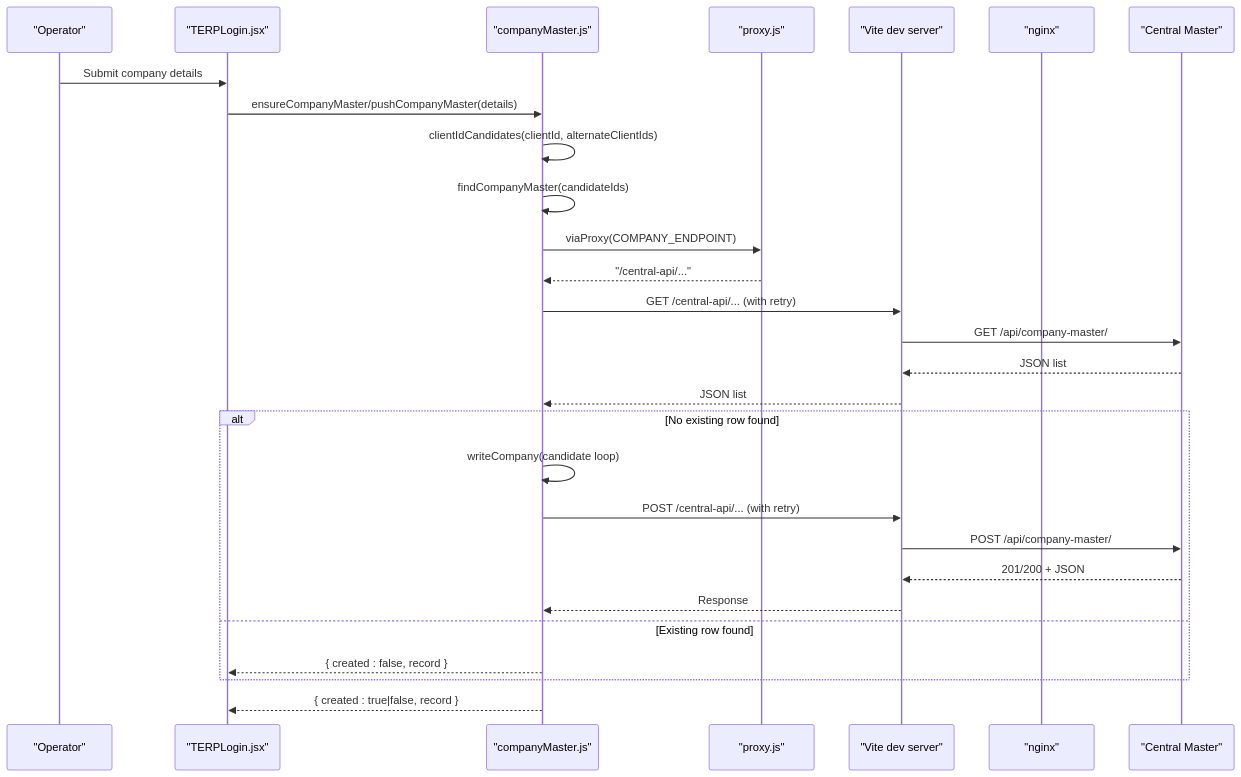
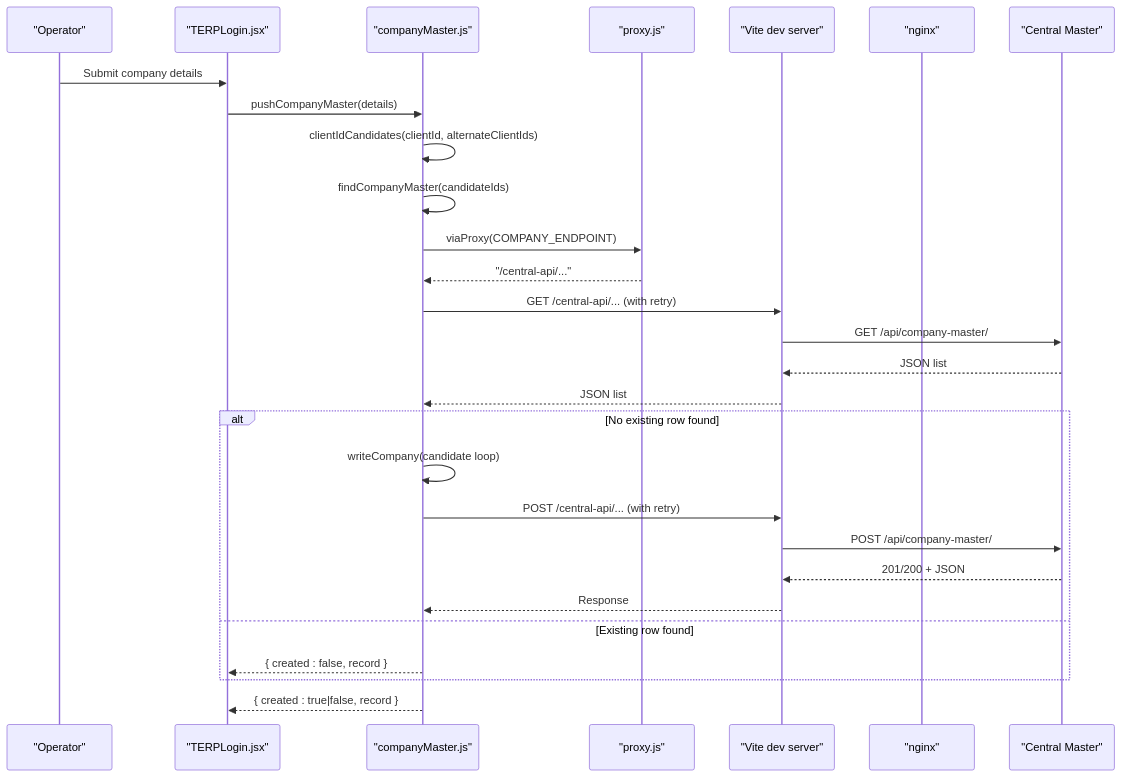
Before and after one commit to imcbsglobal/TRELLISCO_ERP_FRONTEND: the second of 5 diagrams in .qoder/repowiki/en/content/API Integration Layer/Company Master API Integration.md, drawn with Mermaid. The commit also changed other lines of this file and 27 other files, not shown here.

````diff
--- a/.qoder/repowiki/en/content/API Integration Layer/Company Master API Integration.md
+++ b/.qoder/repowiki/en/content/API Integration Layer/Company Master API Integration.md
@@ -94,30 +92,30 @@
 ```mermaid
 sequenceDiagram
 participant User as "Operator"
 participant Page as "TERPLogin.jsx"
 participant Client as "companyMaster.js"
 participant Proxy as "proxy.js"
 participant Dev as "Vite dev server"
 participant Prod as "nginx"
 participant Backend as "Central Master"
 User->>Page : Submit company details
-Page->>Client : ensureCompanyMaster/pushCompanyMaster(details)
+Page->>Client : pushCompanyMaster(details)
 Client->>Client : clientIdCandidates(clientId, alternateClientIds)
 Client->>Client : findCompanyMaster(candidateIds)
 Client->>Proxy : viaProxy(COMPANY_ENDPOINT)
 Proxy-->>Client : "/central-api/..."
 Client->>Dev : GET /central-api/... (with retry)
 Dev->>Backend : GET /api/company-master/
 Backend-->>Dev : JSON list
 Dev-->>Client : JSON list
 alt No existing row found
 Client->>Client : writeCompany(candidate loop)
 Client->>Dev : POST /central-api/... (with retry)
 Dev->>Backend : POST /api/company-master/
 Backend-->>Dev : 201/200 + JSON
 Dev-->>Client : Response
 else Existing row found
 Client-->>Page : { created : false, record }
 end
 Client-->>Page : { created : true|false, record }
 ```
````
